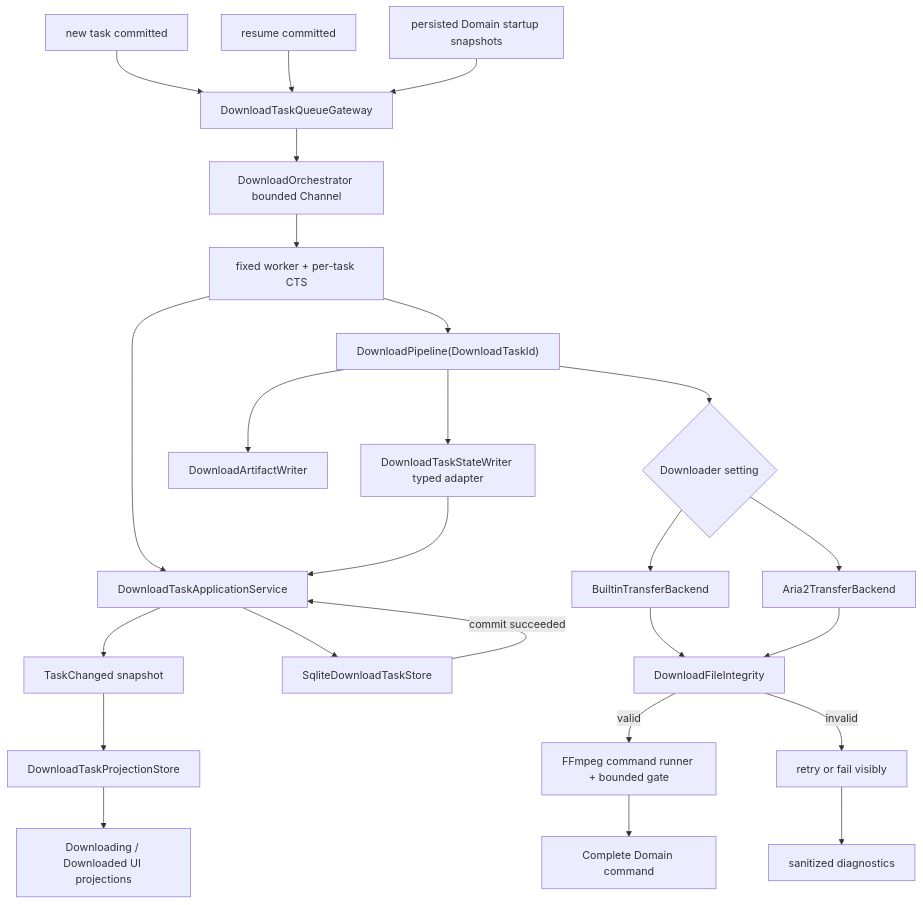
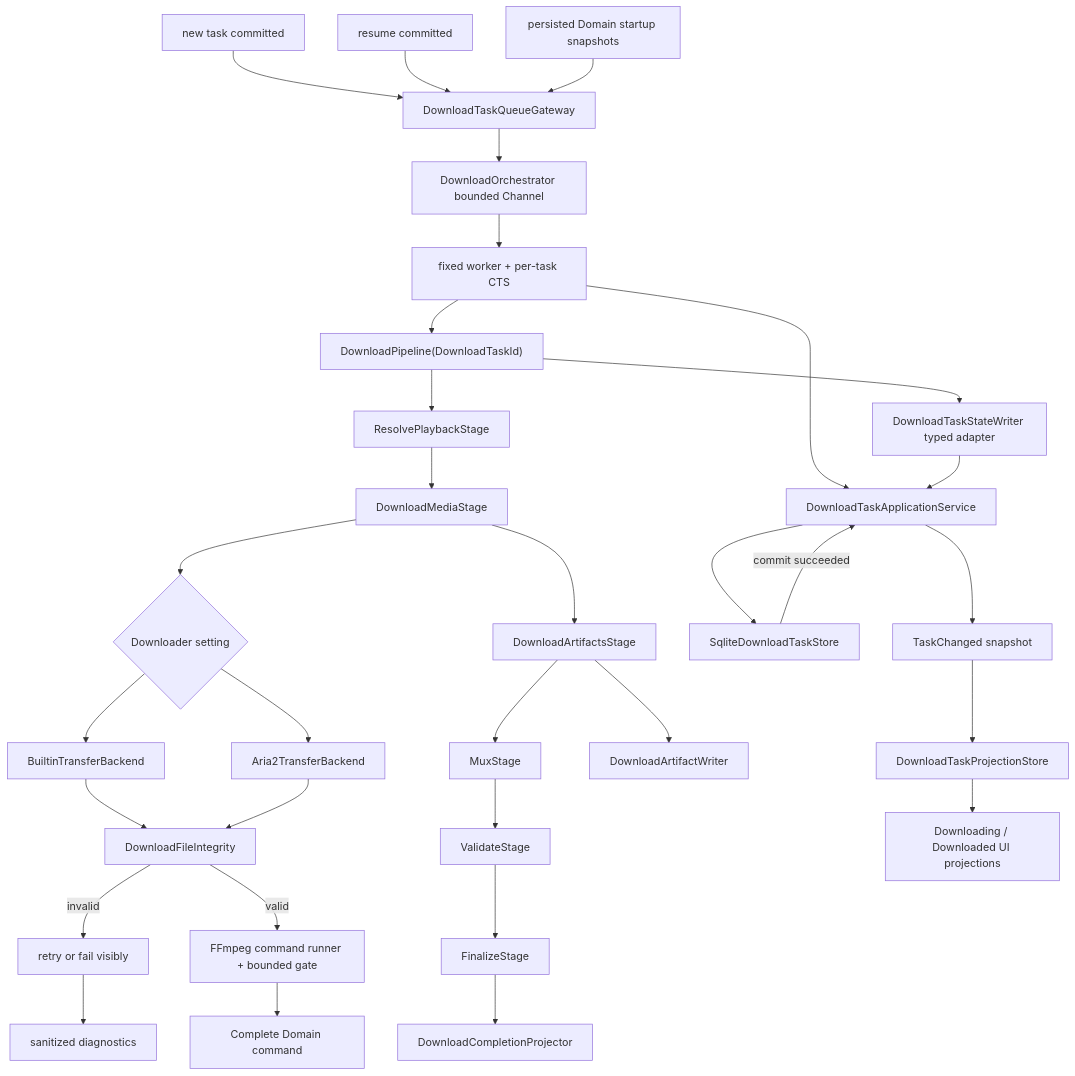
Before and after one commit to 403a/downkyicore: the fourth of 4 diagrams in docs/ai-knowledge-graph.md, drawn with Mermaid. The commit also changed other lines of this file and 9 other files, not shown here.

Commit message:
test: lock download stage boundaries

````diff
--- a/docs/ai-knowledge-graph.md
+++ b/docs/ai-knowledge-graph.md
@@ -2288,27 +2305,34 @@
 ```mermaid
 flowchart TD
     Add["new task committed"] --> Gateway["DownloadTaskQueueGateway"]
     Resume["resume committed"] --> Gateway
     Startup["persisted Domain startup snapshots"] --> Gateway
     Gateway --> Channel["DownloadOrchestrator bounded Channel<DownloadTaskId>"]
     Channel --> Runtime["fixed worker + per-task CTS"]
     Runtime --> Commands["DownloadTaskApplicationService"]
     Runtime --> Pipeline["DownloadPipeline(DownloadTaskId)"]
-    Pipeline --> Choice{"Downloader setting"}
+    Pipeline --> Resolve["ResolvePlaybackStage"]
+    Resolve --> Media["DownloadMediaStage"]
+    Media --> Artifacts["DownloadArtifactsStage"]
+    Artifacts --> Mux["MuxStage"]
+    Mux --> Validate["ValidateStage"]
+    Validate --> Finalize["FinalizeStage"]
+    Media --> Choice{"Downloader setting"}
     Choice --> Builtin["BuiltinTransferBackend"]
     Choice --> Aria["Aria2TransferBackend"]
-    Pipeline --> Artifacts["DownloadArtifactWriter"]
+    Artifacts --> ArtifactWriter["DownloadArtifactWriter"]
+    Finalize --> CompletionProjector["DownloadCompletionProjector"]
     Pipeline --> State["DownloadTaskStateWriter typed adapter"]
     Builtin --> Integrity["DownloadFileIntegrity"]
     Aria --> Integrity
     Integrity -->|valid| FFmpeg["FFmpeg command runner + bounded gate"]
     Integrity -->|invalid| Retry["retry or fail visibly"]
     FFmpeg --> Complete["Complete Domain command"]
     State --> Commands
     Commands --> Store["SqliteDownloadTaskStore"]
     Store -->|"commit succeeded"| Commands
     Commands --> Event["TaskChanged snapshot"]
     Event --> Projection["DownloadTaskProjectionStore"]
     Projection --> Lists["Downloading / Downloaded UI projections"]
     Retry --> Logs["sanitized diagnostics"]
 ```
````
